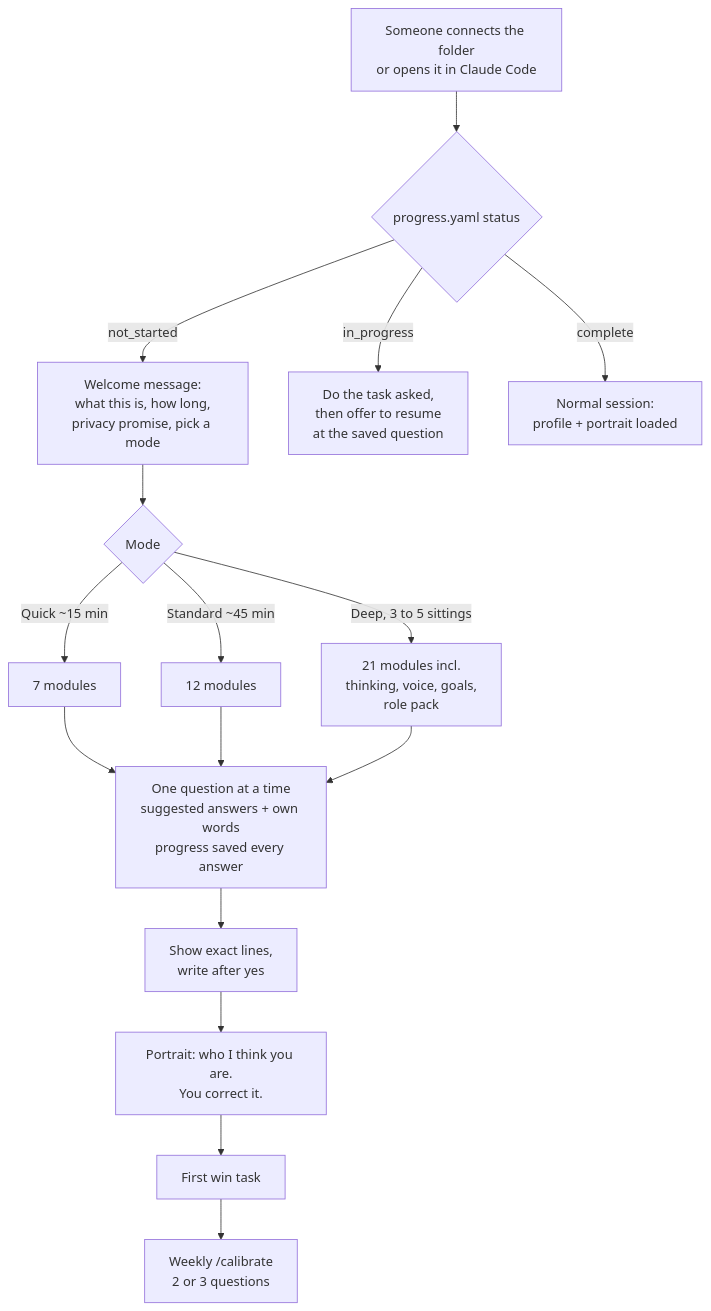
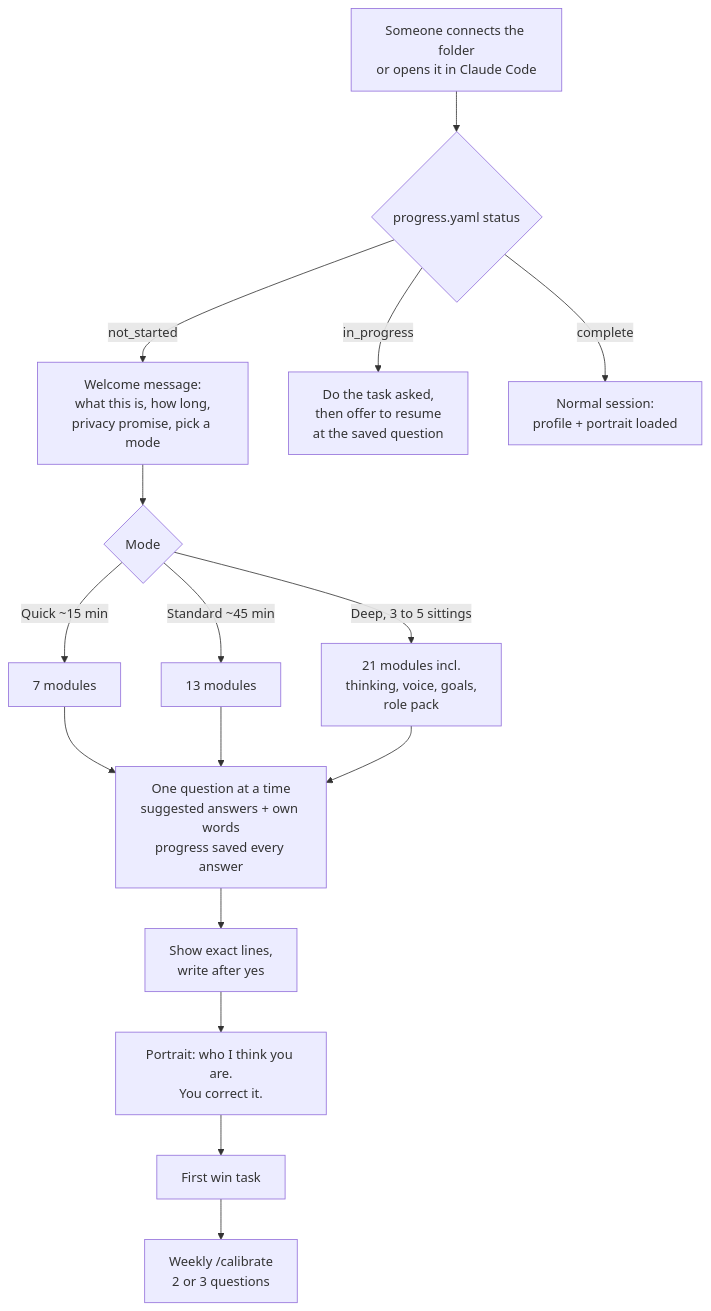
Before and after one commit to konark20/second-brain-for-claude: the diagram in docs/onboarding-interview.md, drawn with Mermaid. The commit also changed other lines of this file and 8 other files, not shown here.

First line of the commit message:
1.2.0: onboard migrate mode, instruction-scope question, onboarding diagram

````diff
--- a/docs/onboarding-interview.md
+++ b/docs/onboarding-interview.md
@@ -9,16 +11,16 @@
 ```mermaid
 flowchart TD
     C[Someone connects the folder<br/>or opens it in Claude Code] --> P{progress.yaml status}
     P -->|not_started| W[Welcome message:<br/>what this is, how long,<br/>privacy promise, pick a mode]
     P -->|in_progress| R[Do the task asked,<br/>then offer to resume<br/>at the saved question]
     P -->|complete| N[Normal session:<br/>profile + portrait loaded]
     W --> M{Mode}
     M -->|Quick ~15 min| Q[7 modules]
-    M -->|Standard ~45 min| S[12 modules]
+    M -->|Standard ~45 min| S[13 modules]
     M -->|Deep, 3 to 5 sittings| D[21 modules incl.<br/>thinking, voice, goals,<br/>role pack]
     Q & S & D --> L[One question at a time<br/>suggested answers + own words<br/>progress saved every answer]
     L --> F[Show exact lines,<br/>write after yes]
     F --> PT[Portrait: who I think you are.<br/>You correct it.]
     PT --> FW[First win task]
     FW --> CAL[Weekly /calibrate<br/>2 or 3 questions]
 ```
````
